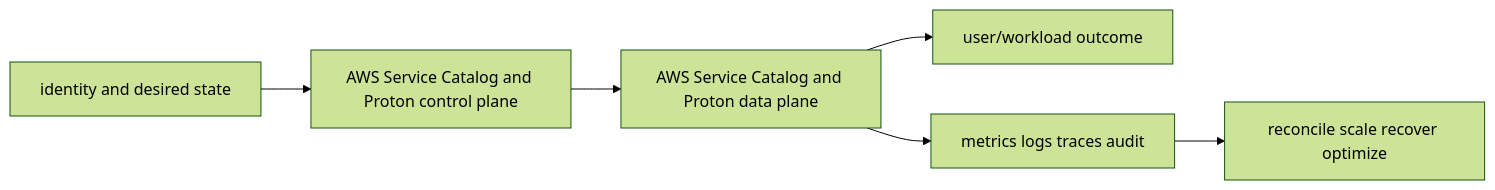
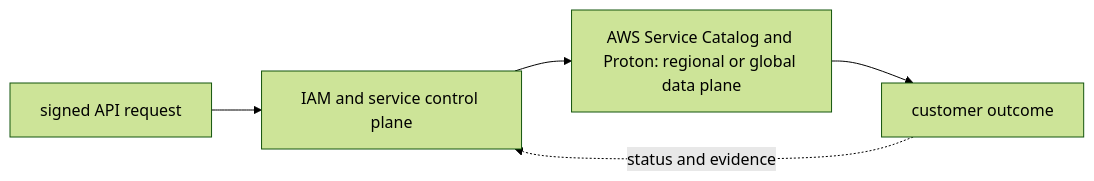
The diagram in 07-aws/10-infrastructure-delivery/04-service-catalog-proton/README.md (tomkidumbuyo/DevOps-interview-preparation), drawn with Mermaid (forest theme) before and after one commit. The commit also changed other lines of this file and 753 other files, not shown here.

````diff
--- a/07-aws/10-infrastructure-delivery/04-service-catalog-proton/README.md
+++ b/07-aws/10-infrastructure-delivery/04-service-catalog-proton/README.md
@@ -19,8 +31,7 @@
 ```mermaid
 flowchart LR
-  I[identity and desired state] --> C[AWS Service Catalog and Proton control plane]
-  C --> D[AWS Service Catalog and Proton data plane]
-  D --> U[user/workload outcome]
-  D --> O[metrics logs traces audit]
-  O --> R[reconcile scale recover optimize]
+  A["signed API request"] --> B["IAM and service control plane"]
+  B --> C["AWS Service Catalog and Proton: regional or global data plane"]
+  C --> D["customer outcome"]
+  D -. "status and evidence" .-> B
 ```
````
